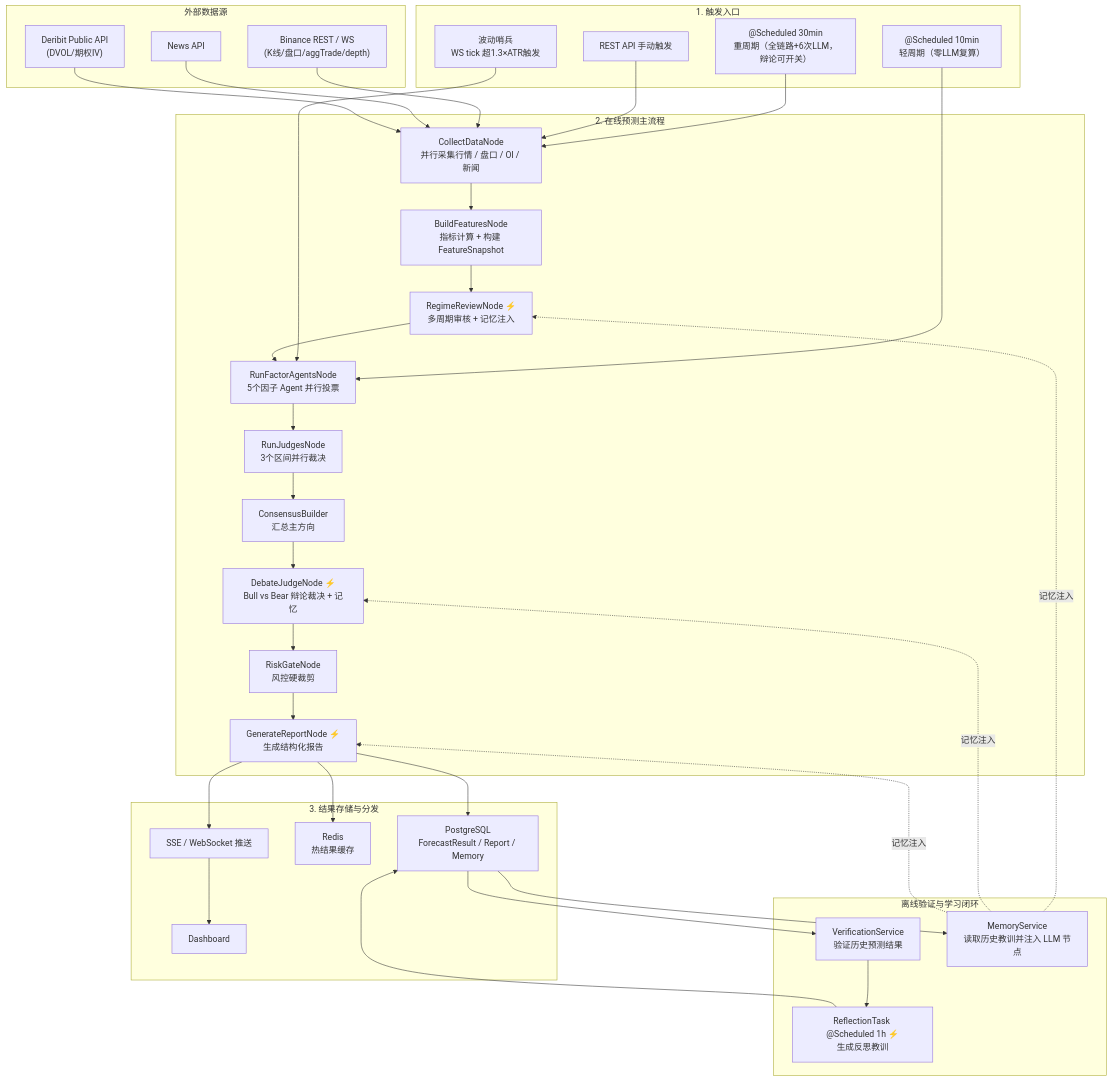
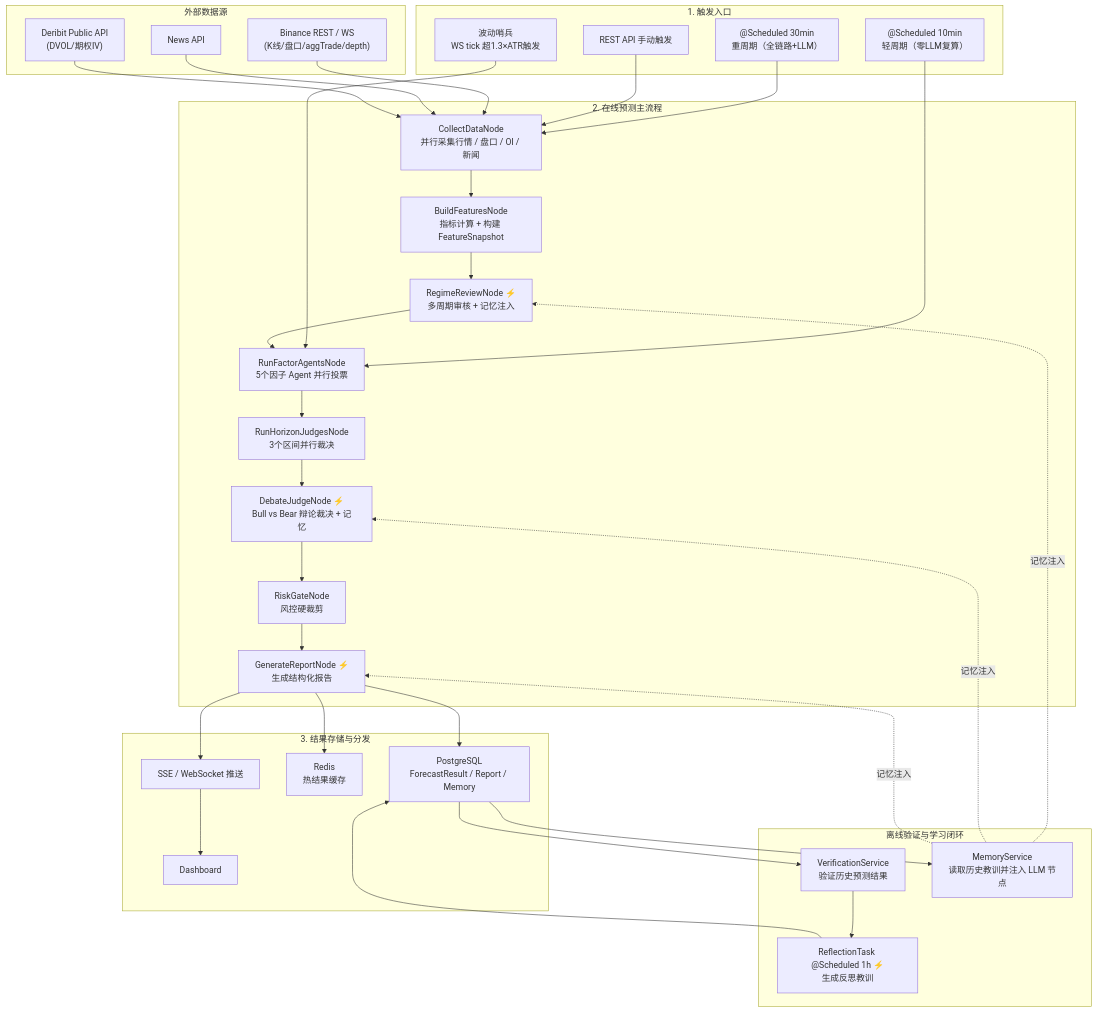
One commit to mamawai/wtfibought changed the first of 6 diagrams in docs/Quantitative analysis.md. Above: the diagram before and after it, drawn with Mermaid. The commit also changed other lines of this file and 1 other file, not shown here.

````diff
--- a/docs/Quantitative analysis.md
+++ b/docs/Quantitative analysis.md
@@ -134,61 +140,60 @@
 ```mermaid
 flowchart TB
     subgraph ENTRY["1. 触发入口"]
-        E1["@Scheduled 30min<br/>重周期（全链路+6次LLM，辩论可开关）"]
+        E1["@Scheduled 30min<br/>重周期（全链路+LLM）"]
         E1b["@Scheduled 10min<br/>轻周期（零LLM复算）"]
         E1c["波动哨兵<br/>WS tick 超1.3×ATR触发"]
         E2["REST API 手动触发"]
     end
 
     subgraph FLOW["2. 在线预测主流程"]
         F1["CollectDataNode<br/>并行采集行情 / 盘口 / OI / 新闻"]
         F2["BuildFeaturesNode<br/>指标计算 + 构建 FeatureSnapshot"]
         F3["RegimeReviewNode ⚡<br/>多周期审核 + 记忆注入"]
         F4["RunFactorAgentsNode<br/>5个因子 Agent 并行投票"]
-        F5["RunJudgesNode<br/>3个区间并行裁决"]
-        F6["ConsensusBuilder<br/>汇总主方向"]
+        F5["RunHorizonJudgesNode<br/>3个区间并行裁决"]
         F7["DebateJudgeNode ⚡<br/>Bull vs Bear 辩论裁决 + 记忆"]
         F8["RiskGateNode<br/>风控硬裁剪"]
         F9["GenerateReportNode ⚡<br/>生成结构化报告"]
     end
 
     subgraph DELIVERY["3. 结果存储与分发"]
         D1["PostgreSQL<br/>ForecastResult / Report / Memory"]
         D2["Redis<br/>热结果缓存"]
         D3["SSE / WebSocket 推送"]
         D4["Dashboard"]
     end
 
     subgraph SOURCE["外部数据源"]
         S1["Binance REST / WS<br/>(K线/盘口/aggTrade/depth)"]
         S2["News API"]
         S3["Deribit Public API<br/>(DVOL/期权IV)"]
     end
 
     subgraph FEEDBACK["离线验证与学习闭环"]
         V1["VerificationService<br/>验证历史预测结果"]
         V2["ReflectionTask @Scheduled 1h ⚡<br/>生成反思教训"]
         V3["MemoryService<br/>读取历史教训并注入 LLM 节点"]
     end
 
     E1 --> F1
     E1b --> F4
     E1c --> F4
     E2 --> F1
 
     S1 --> F1
     S2 --> F1
     S3 --> F1
 
-    F1 --> F2 --> F3 --> F4 --> F5 --> F6 --> F7 --> F8 --> F9
+    F1 --> F2 --> F3 --> F4 --> F5 --> F7 --> F8 --> F9
 
     F9 --> D1
     F9 --> D2
     F9 --> D3 --> D4
 
     D1 --> V1 --> V2 --> D1
     D1 --> V3
     V3 -.记忆注入.-> F3
     V3 -.记忆注入.-> F7
     V3 -.记忆注入.-> F9
 ```
````
